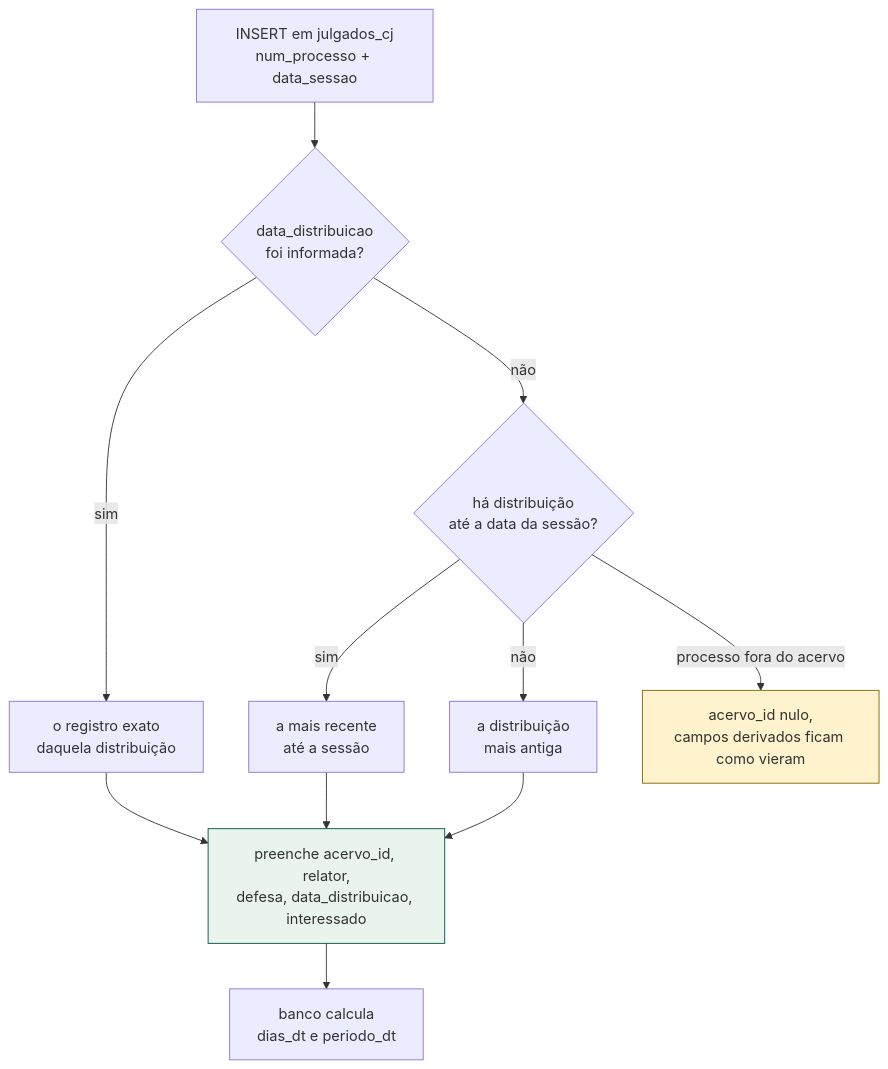
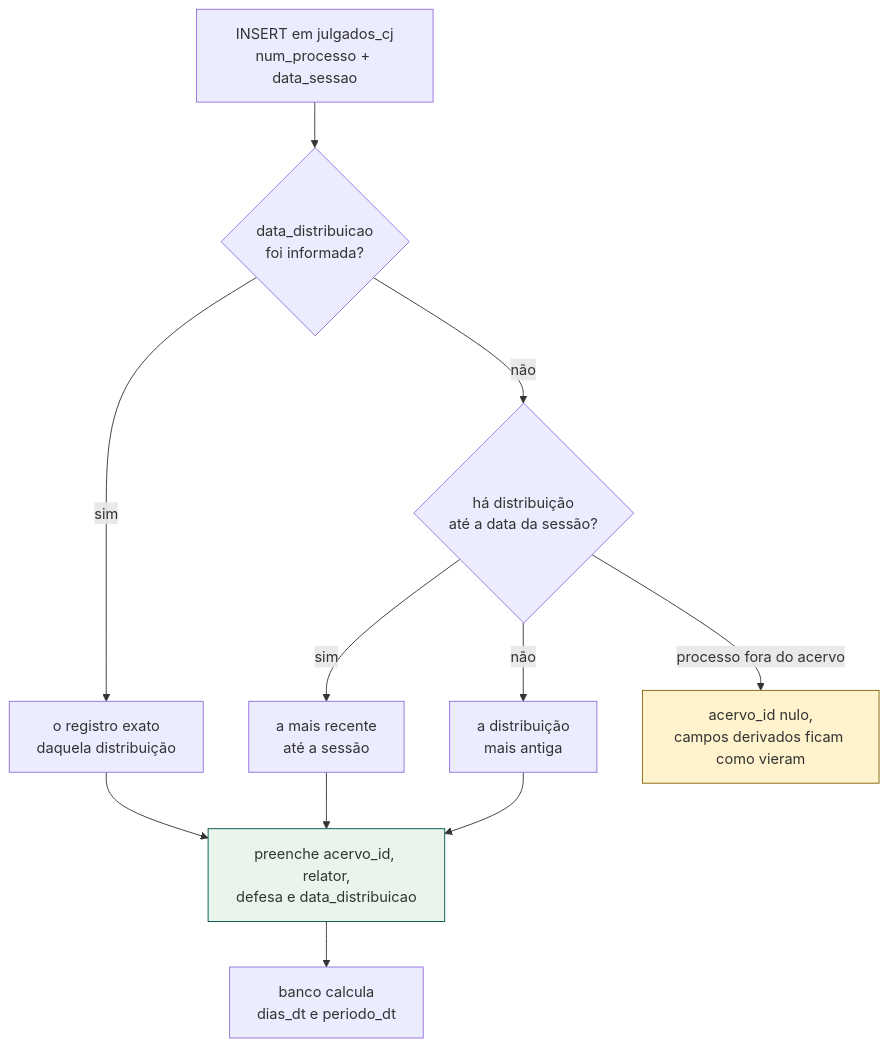
One commit to thelustosa/sorteio-sei changed the third of 5 diagrams in FLUXO-CJ.md. Above: the diagram before and after it, drawn with Mermaid. The commit also changed other lines of this file and 10 other files, not shown here.

````diff
--- a/FLUXO-CJ.md
+++ b/FLUXO-CJ.md
@@ -238,16 +237,16 @@
 ```mermaid
 flowchart TD
     A["INSERT em julgados_cj<br/>num_processo + data_sessao"] --> B{"data_distribuicao<br/>foi informada?"}
     B -->|sim| C["o registro exato<br/>daquela distribuição"]
     B -->|não| D{"há distribuição<br/>até a data da sessão?"}
     D -->|sim| E["a mais recente<br/>até a sessão"]
     D -->|não| F["a distribuição<br/>mais antiga"]
-    C --> G["preenche acervo_id, relator,<br/>defesa, data_distribuicao, interessado"]
+    C --> G["preenche acervo_id, relator,<br/>defesa e data_distribuicao"]
     E --> G
     F --> G
     G --> H["banco calcula<br/>dias_dt e periodo_dt"]
     D -->|"processo fora do acervo"| I["acervo_id nulo,<br/>campos derivados ficam como vieram"]
 
     style G fill:#E9F5EC,stroke:#00534b
     style I fill:#fff3cd,stroke:#856404
 ```
````
